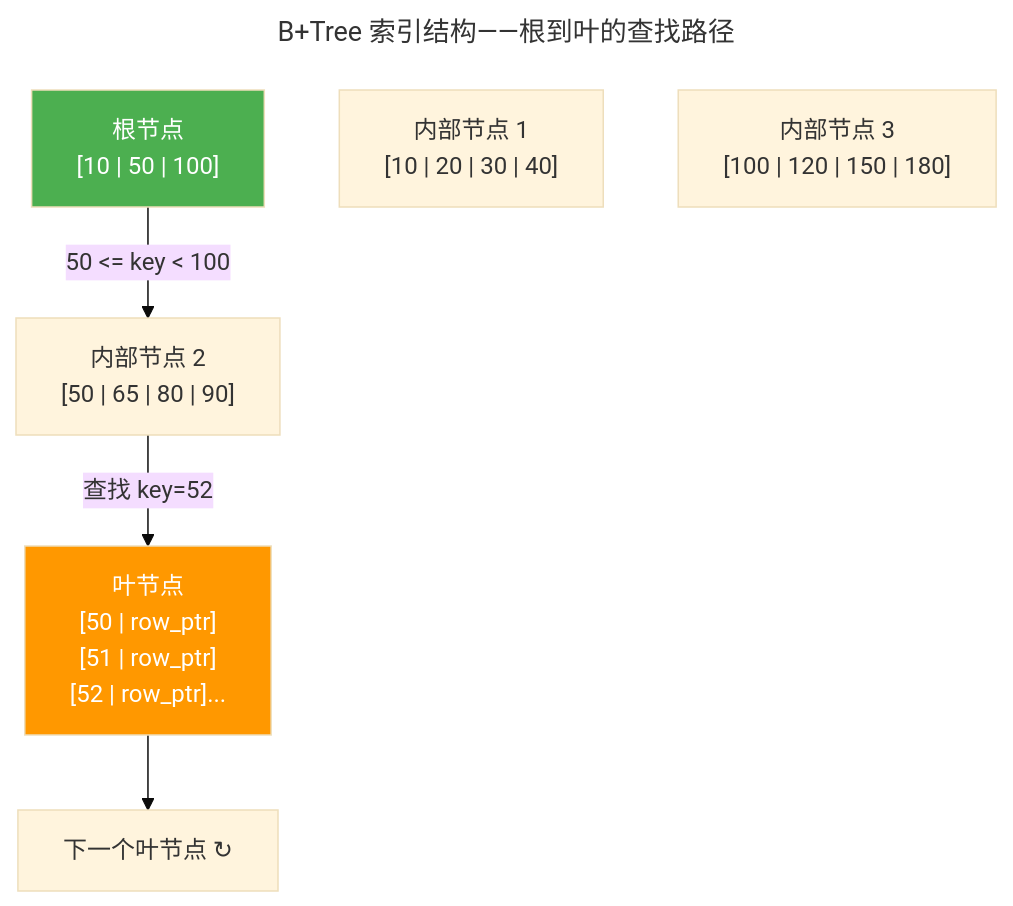
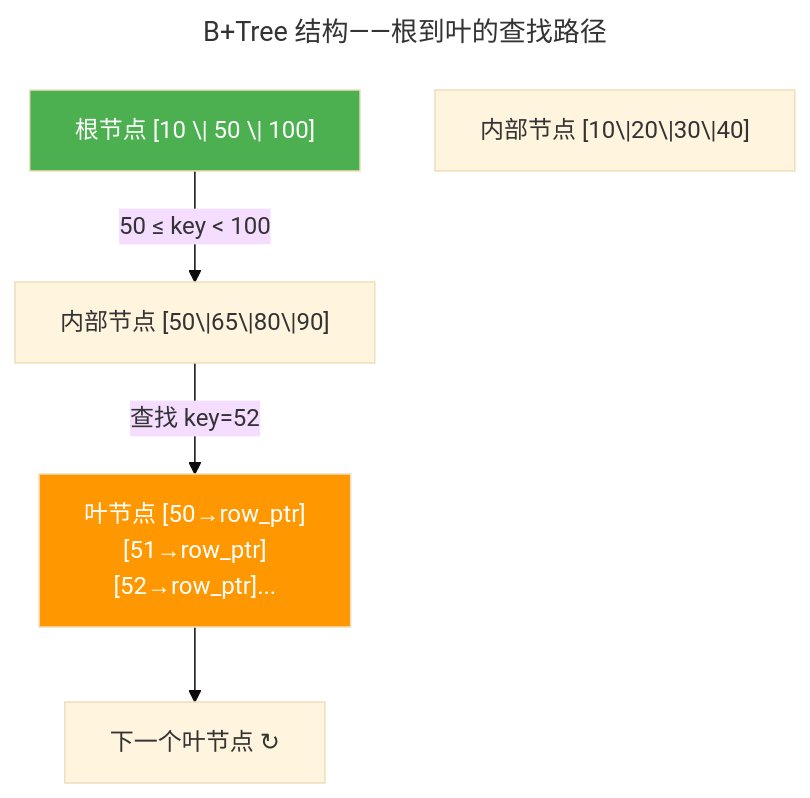
One commit to yadayanxue/silicon-strides changed the diagram in src/content/docs/04-yuanhai/01-relational-database.md. Above: the diagram before and after it, drawn with Mermaid (base theme). The commit also changed other lines of this file and 4 other files, not shown here.

Commit message:
docs: 卷四深度补充——B+Tree/LSM/Raft/流处理各加Mermaid论证

````diff
--- a/src/content/docs/04-yuanhai/01-relational-database.md
+++ b/src/content/docs/04-yuanhai/01-relational-database.md
@@ -24,19 +18,18 @@
 ```mermaid
 ---
-title: B+Tree 索引结构——根到叶的查找路径
+title: B+Tree 结构——根到叶的查找路径
 ---
 graph TD
-    ROOT["根节点<br/>[10 | 50 | 100]"]
-    INT1["内部节点 1<br/>[10 | 20 | 30 | 40]"]
-    INT2["内部节点 2<br/>[50 | 65 | 80 | 90]"]
-    INT3["内部节点 3<br/>[100 | 120 | 150 | 180]"]
-    LEAF["叶节点<br/>[50 | row_ptr]<br/>[51 | row_ptr]<br/>[52 | row_ptr]..."]
+    ROOT["根节点 [10 \| 50 \| 100]"]
+    INT1["内部节点 [10\|20\|30\|40]"]
+    INT2["内部节点 [50\|65\|80\|90]"]
+    LEAF["叶节点 [50→row_ptr]<br/>[51→row_ptr]<br/>[52→row_ptr]..."]
     NEXT["下一个叶节点 ↻"]
 
-    ROOT -->|"50 <= key < 100"| INT2
+    ROOT -->|"50 ≤ key < 100"| INT2
     INT2 -->|"查找 key=52"| LEAF
     LEAF --> NEXT
 
     style ROOT fill:#4caf50,color:#fff
     style LEAF fill:#ff9800,color:#fff
 ```
````
